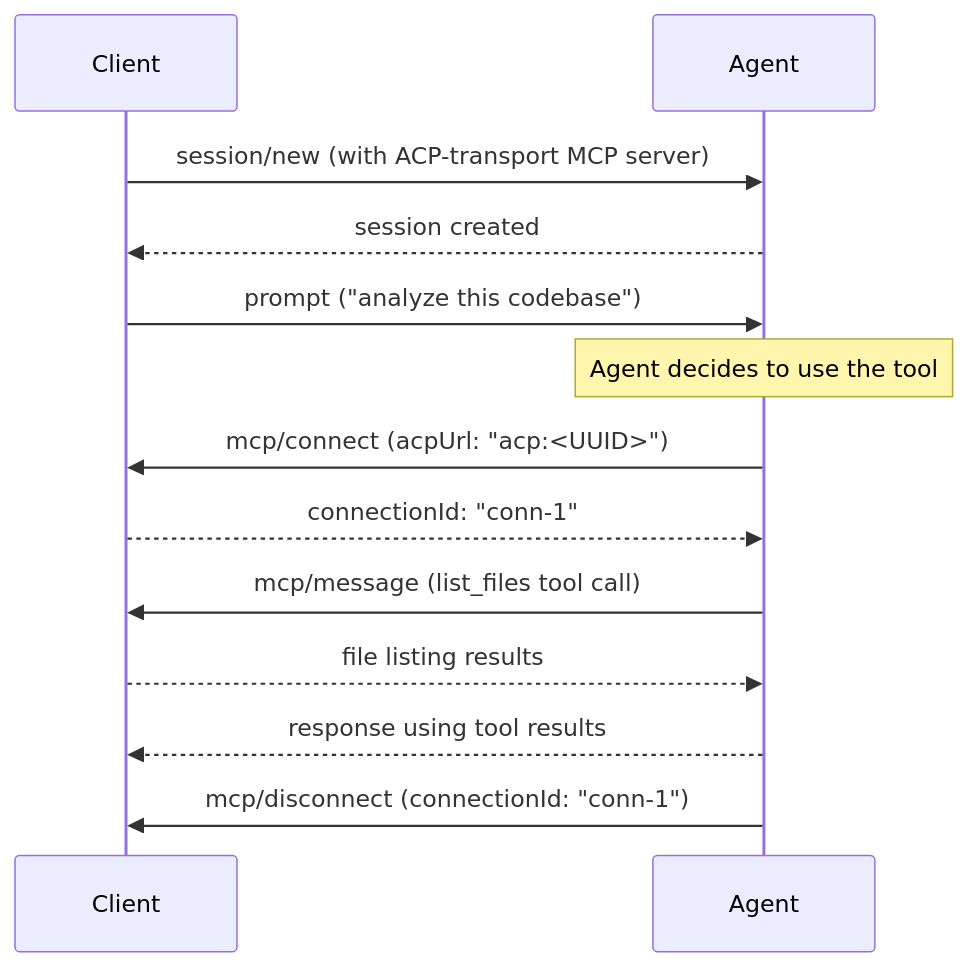
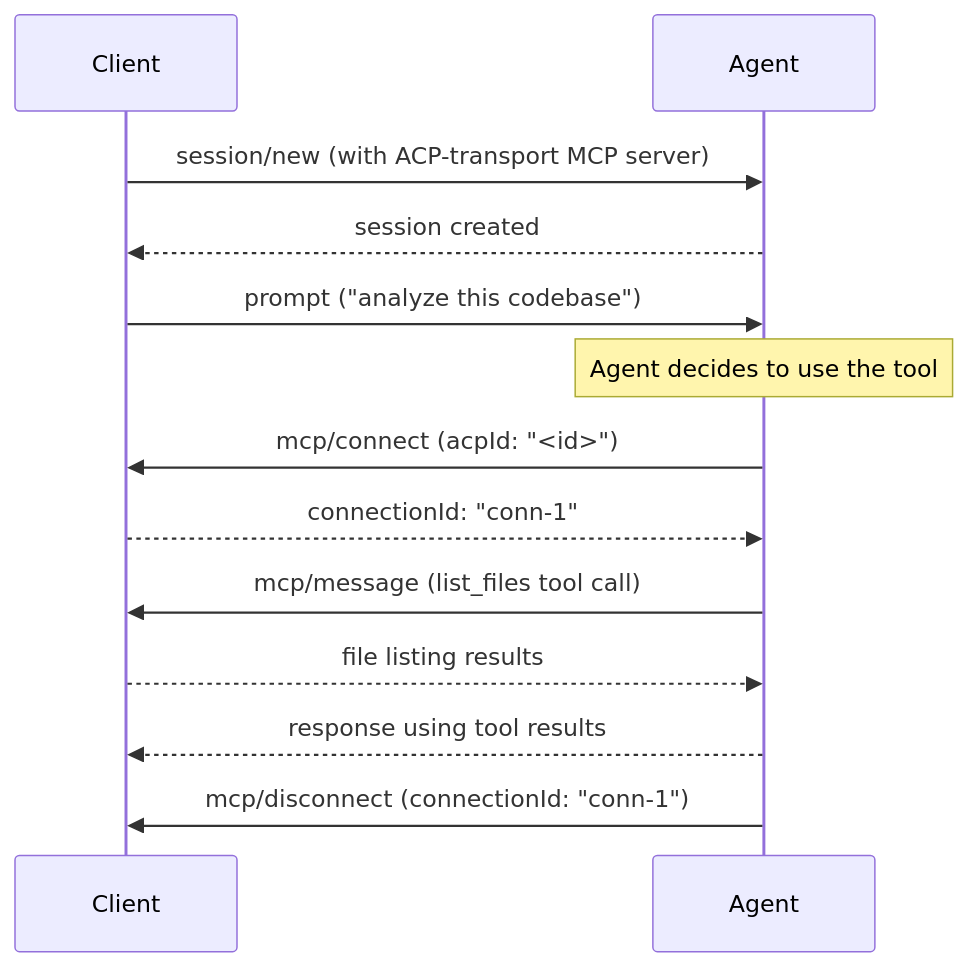
One commit to agentclientprotocol/agent-client-protocol changed the first of 2 diagrams in docs/rfds/mcp-over-acp.mdx. Above: the diagram before and after it, drawn with Mermaid. The commit also changed other lines of this file, not shown here.

First line of the commit message:
docs(rfd): Refine MCP-over-ACP RFD

````diff
--- a/docs/rfds/mcp-over-acp.mdx
+++ b/docs/rfds/mcp-over-acp.mdx
@@ -68,21 +64,21 @@
 ```mermaid
 sequenceDiagram
     participant Client
     participant Agent
 
     Client->>Agent: session/new (with ACP-transport MCP server)
     Agent-->>Client: session created
 
     Client->>Agent: prompt ("analyze this codebase")
     
     Note over Agent: Agent decides to use the tool
-    Agent->>Client: mcp/connect (acpUrl: "acp:<UUID>")
+    Agent->>Client: mcp/connect (acpId: "<id>")
     Client-->>Agent: connectionId: "conn-1"
     
     Agent->>Client: mcp/message (list_files tool call)
     Client-->>Agent: file listing results
     
     Agent-->>Client: response using tool results
     
     Agent->>Client: mcp/disconnect (connectionId: "conn-1")
 ```
````
